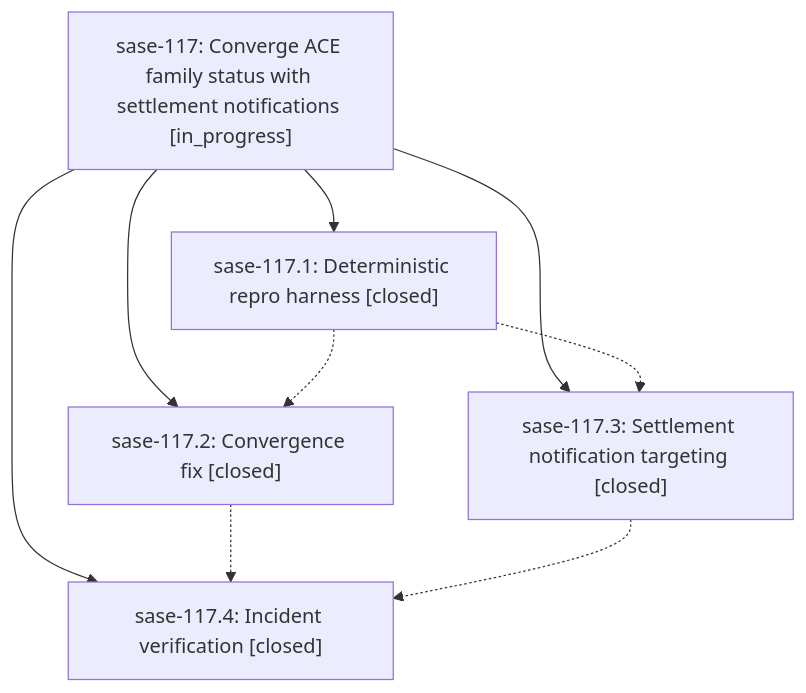
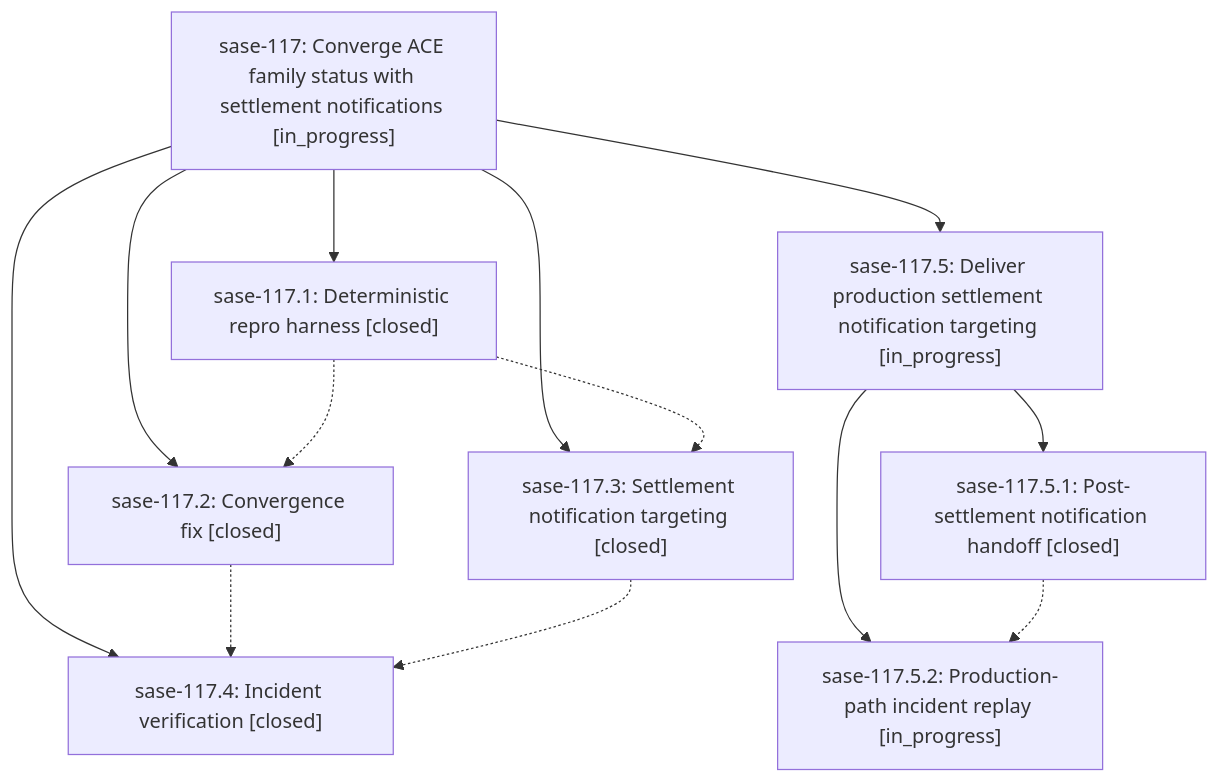
One commit to sase-org/sase--beads changed the diagram in pages/sase-117/README.md. Above: the diagram before and after it, drawn with Mermaid. The commit also changed other lines of this file and 3 other files, not shown here.

````diff
--- a/pages/sase-117/README.md
+++ b/pages/sase-117/README.md
@@ -25,16 +29,23 @@
 ```mermaid
 flowchart TD
     n0["sase-117: Converge ACE family status with settlement notifications [in_progress]"]
     n1["sase-117.1: Deterministic repro harness [closed]"]
     n2["sase-117.2: Convergence fix [closed]"]
     n3["sase-117.3: Settlement notification targeting [closed]"]
     n4["sase-117.4: Incident verification [closed]"]
+    n5["sase-117.5: Deliver production settlement notification targeting [in_progress]"]
+    n6["sase-117.5.1: Post-settlement notification handoff [closed]"]
+    n7["sase-117.5.2: Production-path incident replay [in_progress]"]
     n0 --> n1
     n0 --> n2
     n0 --> n3
     n0 --> n4
+    n0 --> n5
+    n5 --> n6
+    n5 --> n7
     n1 -.-> n2
     n1 -.-> n3
     n2 -.-> n4
     n3 -.-> n4
+    n6 -.-> n7
 ```
````
